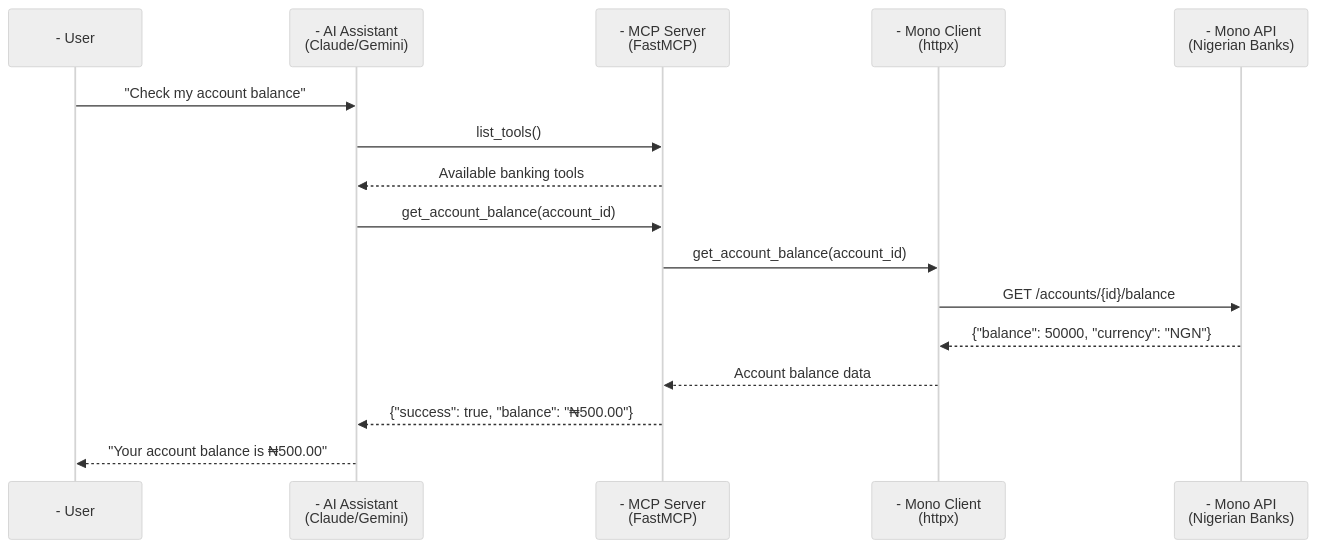
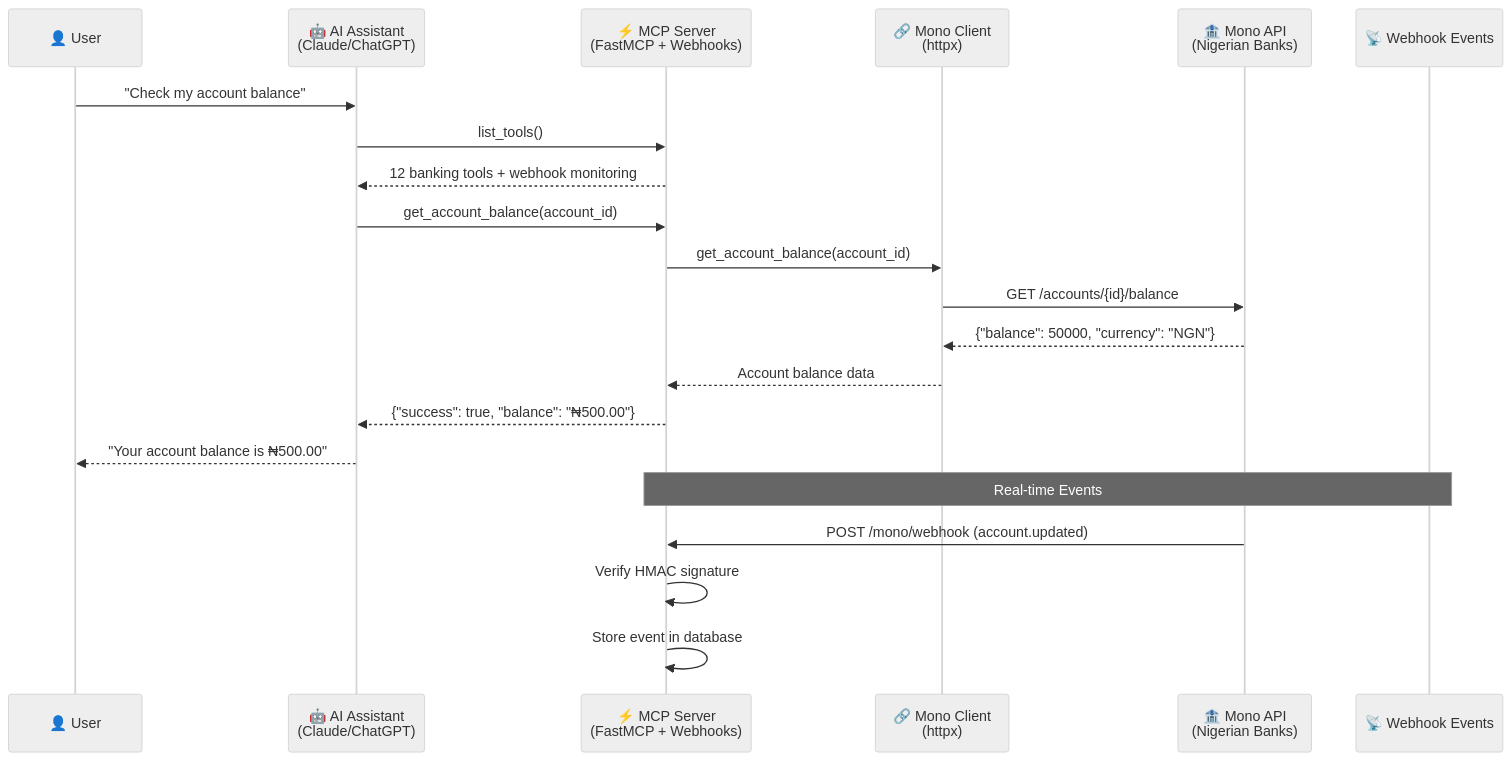
The first of 2 diagrams in README.md (kingstondoesit/mono-mcp), drawn with Mermaid (neutral theme) before and after one commit. The commit also changed other lines of this file and 11 other files, not shown here.

First line of the commit message:
feat: integrate webhook endpoints and streamline for FastMCP Cloud deployment

````diff
--- a/README.md
+++ b/README.md
@@ -23,20 +30,26 @@
 ```mermaid
 sequenceDiagram
-    participant User as - User
-    participant AI as - AI Assistant<br/>(Claude/Gemini)
-    participant MCP as - MCP Server<br/>(FastMCP)
-    participant Client as - Mono Client<br/>(httpx)
-    participant API as - Mono API<br/>(Nigerian Banks)
+    participant User as 👤 User
+    participant AI as 🤖 AI Assistant<br/>(Claude/ChatGPT)
+    participant MCP as ⚡ MCP Server<br/>(FastMCP + Webhooks)
+    participant Client as 🔗 Mono Client<br/>(httpx)
+    participant API as 🏦 Mono API<br/>(Nigerian Banks)
+    participant Webhook as 📡 Webhook Events
 
     User->>AI: "Check my account balance"
     AI->>MCP: list_tools()
-    MCP-->>AI: Available banking tools
+    MCP-->>AI: 12 banking tools + webhook monitoring
 
     AI->>MCP: get_account_balance(account_id)
     MCP->>Client: get_account_balance(account_id)
     Client->>API: GET /accounts/{id}/balance
     API-->>Client: {"balance": 50000, "currency": "NGN"}
     Client-->>MCP: Account balance data
     MCP-->>AI: {"success": true, "balance": "₦500.00"}
     AI-->>User: "Your account balance is ₦500.00"
+
+    Note over Webhook,MCP: Real-time Events
+    API->>MCP: POST /mono/webhook (account.updated)
+    MCP->>MCP: Verify HMAC signature
+    MCP->>MCP: Store event in database
 ```
````
